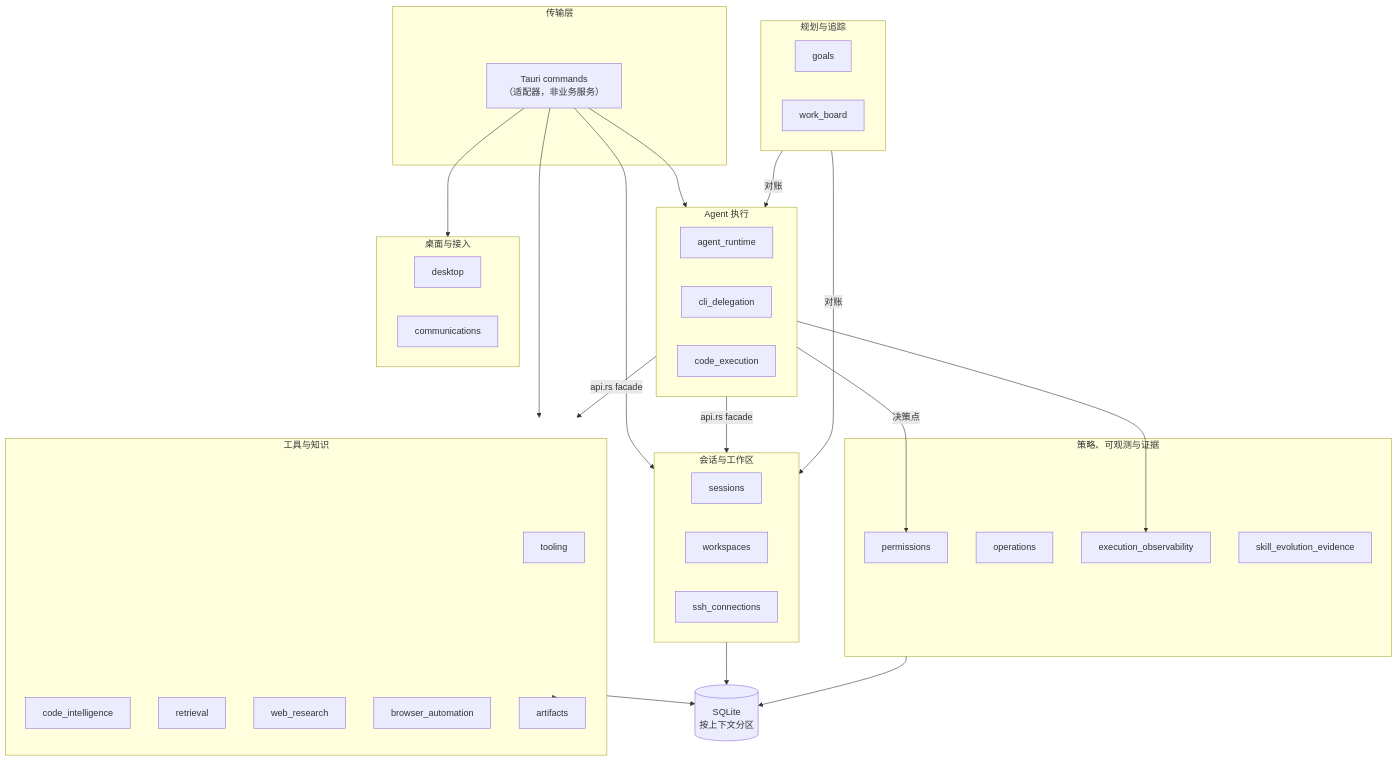
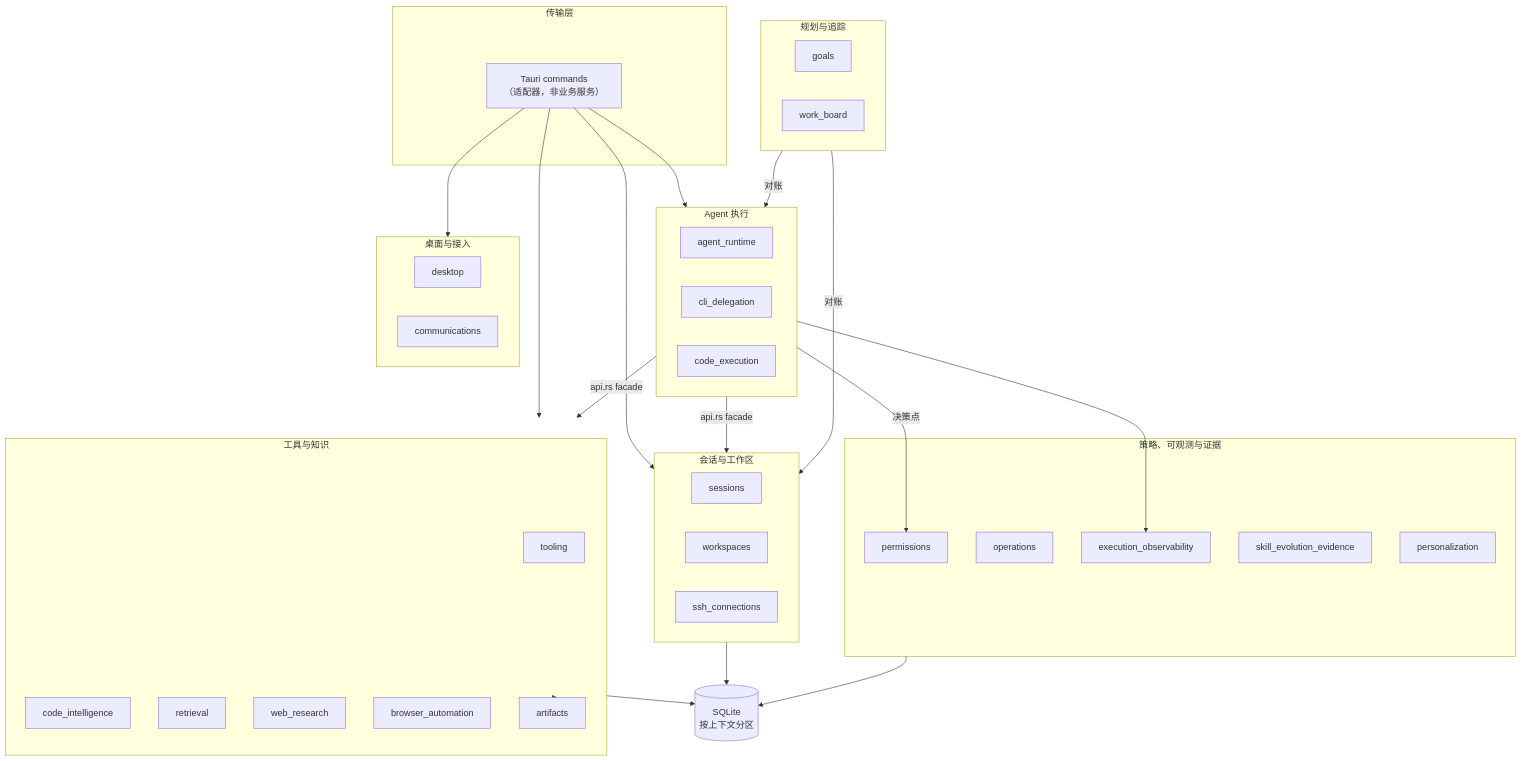
Before and after one commit to cdavid817/vanehub-ai: the diagram in docs/developer-guide/zh-CN/src/native-contexts.md, drawn with Mermaid. The commit also changed other lines of this file and 392 other files, not shown here.

````diff
--- a/docs/developer-guide/zh-CN/src/native-contexts.md
+++ b/docs/developer-guide/zh-CN/src/native-contexts.md
@@ -7,59 +7,60 @@
 ```mermaid
 flowchart TB
   subgraph Transport["传输层"]
     CMD["Tauri commands<br/>（适配器，非业务服务）"]
   end
 
   subgraph Exec["Agent 执行"]
     AR[agent_runtime]
     CD[cli_delegation]
     CE[code_execution]
   end
 
   subgraph Work["会话与工作区"]
     SE[sessions]
     WS[workspaces]
     SSH[ssh_connections]
   end
 
   subgraph Tools["工具与知识"]
     TL[tooling]
     CI[code_intelligence]
     RE[retrieval]
     WR[web_research]
     BA[browser_automation]
     AF[artifacts]
   end
 
   subgraph Policy["策略、可观测与证据"]
     PM[permissions]
     OP[operations]
     EO[execution_observability]
     SEE[skill_evolution_evidence]
+    PZ[personalization]
   end
 
   subgraph Track["规划与追踪"]
     GO[goals]
     WB[work_board]
   end
 
   subgraph Shell["桌面与接入"]
     DE[desktop]
     CO[communications]
   end
 
   CMD --> Exec
   CMD --> Work
   CMD --> Tools
   CMD --> Shell
   Exec -->|"api.rs facade"| Work
   Exec -->|"api.rs facade"| Tools
   Exec -->|"决策点"| PM
   Exec --> EO
   Track -->|"对账"| Work
   Track -->|"对账"| Exec
   Tools --> AF
   Work --> DB[("SQLite<br/>按上下文分区")]
   Tools --> DB
   Policy --> DB
 ```
````
